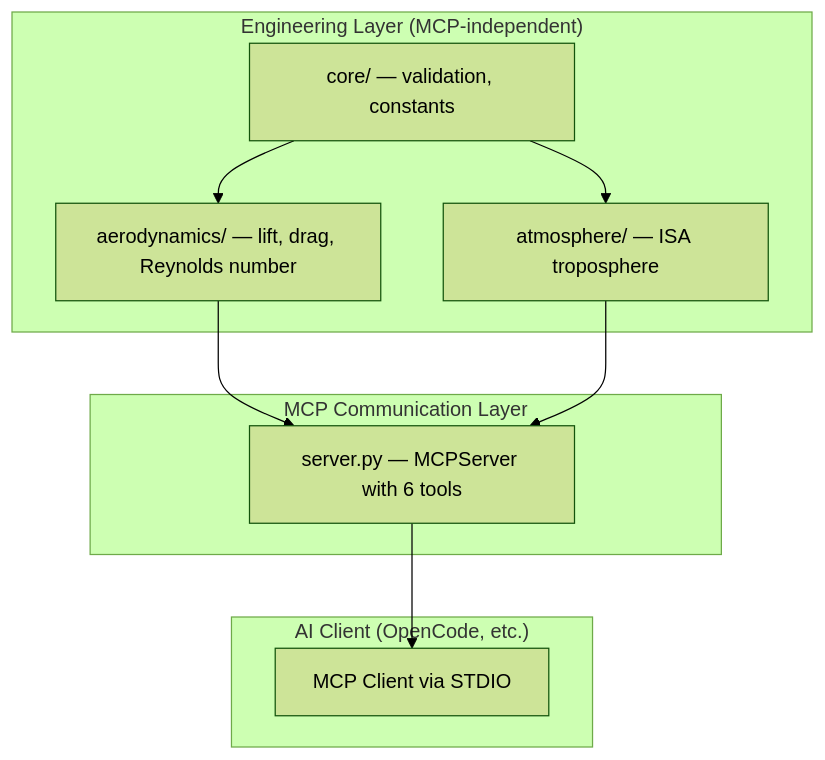
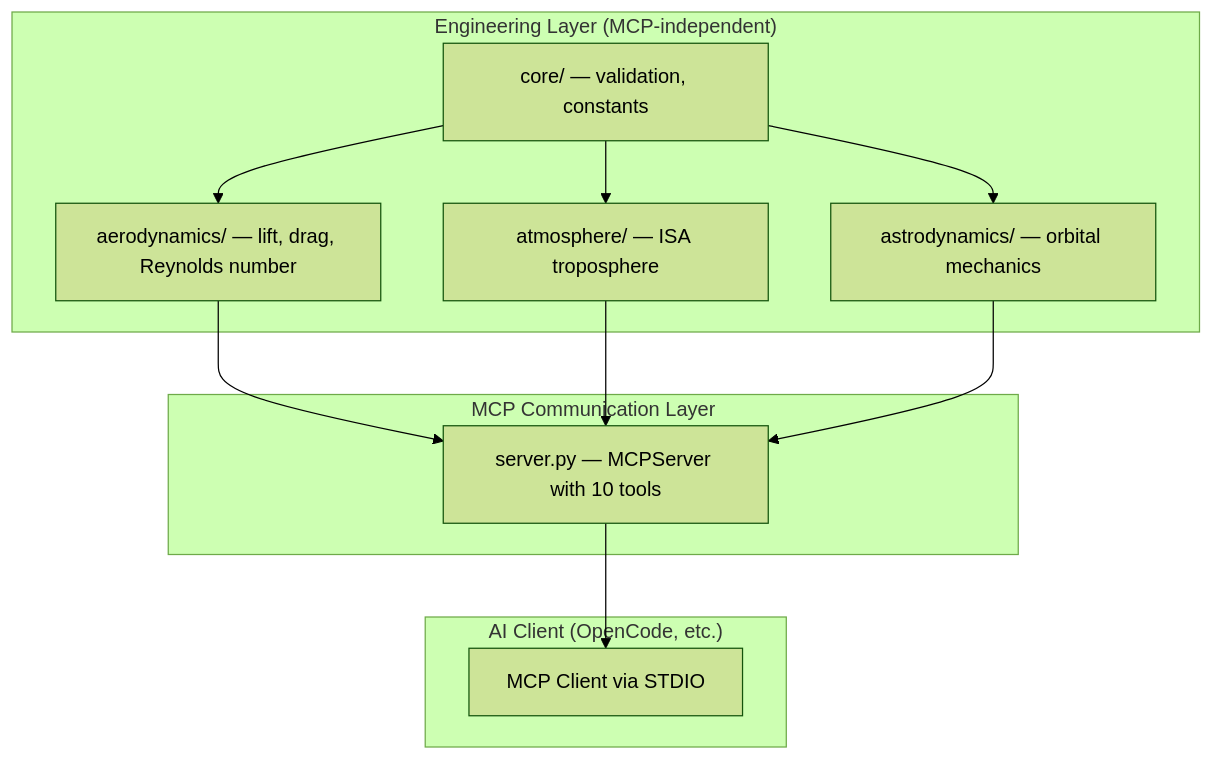
One commit to RehashVR/AeroMCP changed the diagram in README.md. Above: the diagram before and after it, drawn with Mermaid (forest theme). The commit also changed other lines of this file and 9 other files, not shown here.

Commit message:
feat(astrodynamics): add orbital mechanics and MCP tools

````diff
--- a/README.md
+++ b/README.md
@@ -66,20 +69,23 @@
 ```mermaid
 graph TD
     subgraph Engineering_Layer ["Engineering Layer (MCP-independent)"]
         Core["core/ — validation, constants"]
         Aero["aerodynamics/ — lift, drag, Reynolds number"]
         Atmos["atmosphere/ — ISA troposphere"]
+        Astro["astrodynamics/ — orbital mechanics"]
     end
     subgraph MCP_Layer ["MCP Communication Layer"]
-        Server["server.py — MCPServer with 6 tools"]
+        Server["server.py — MCPServer with 10 tools"]
     end
     subgraph AI_Client ["AI Client (OpenCode, etc.)"]
         Client["MCP Client via STDIO"]
     end
 
     Core --> Aero
     Core --> Atmos
+    Core --> Astro
     Aero --> Server
     Atmos --> Server
+    Astro --> Server
     Server --> Client
 ```
````
